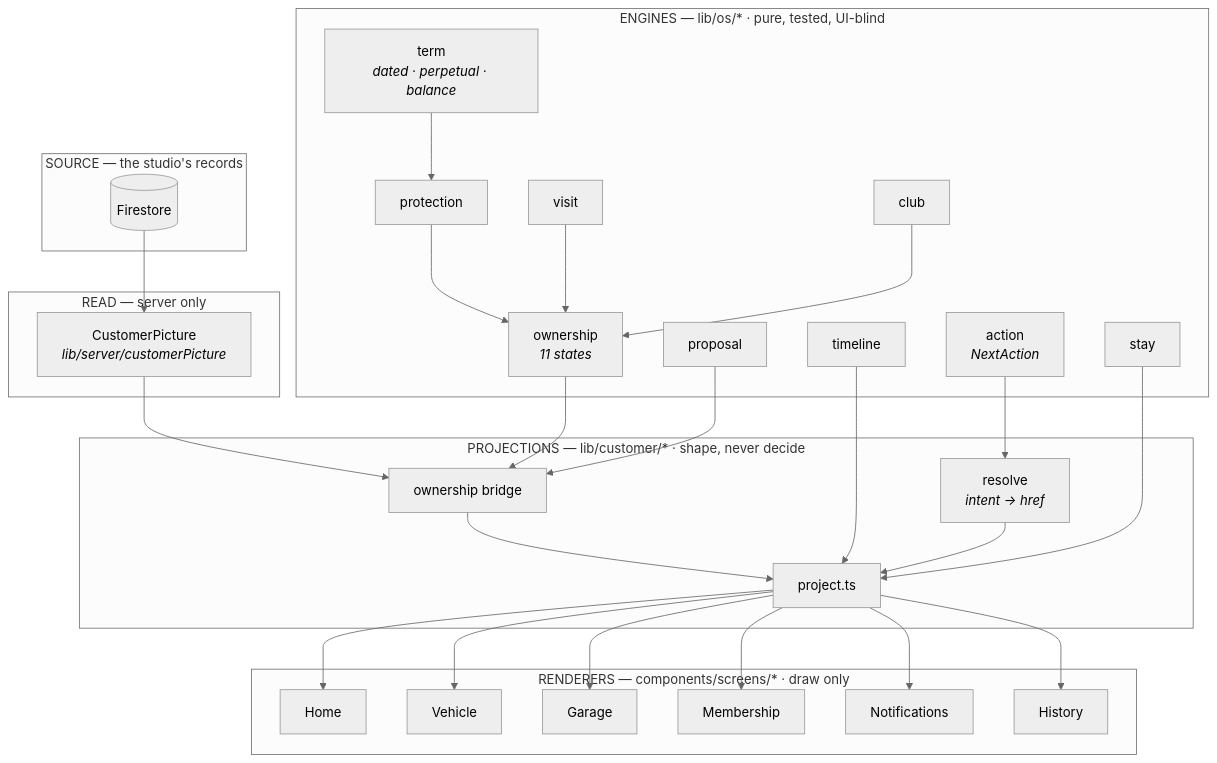
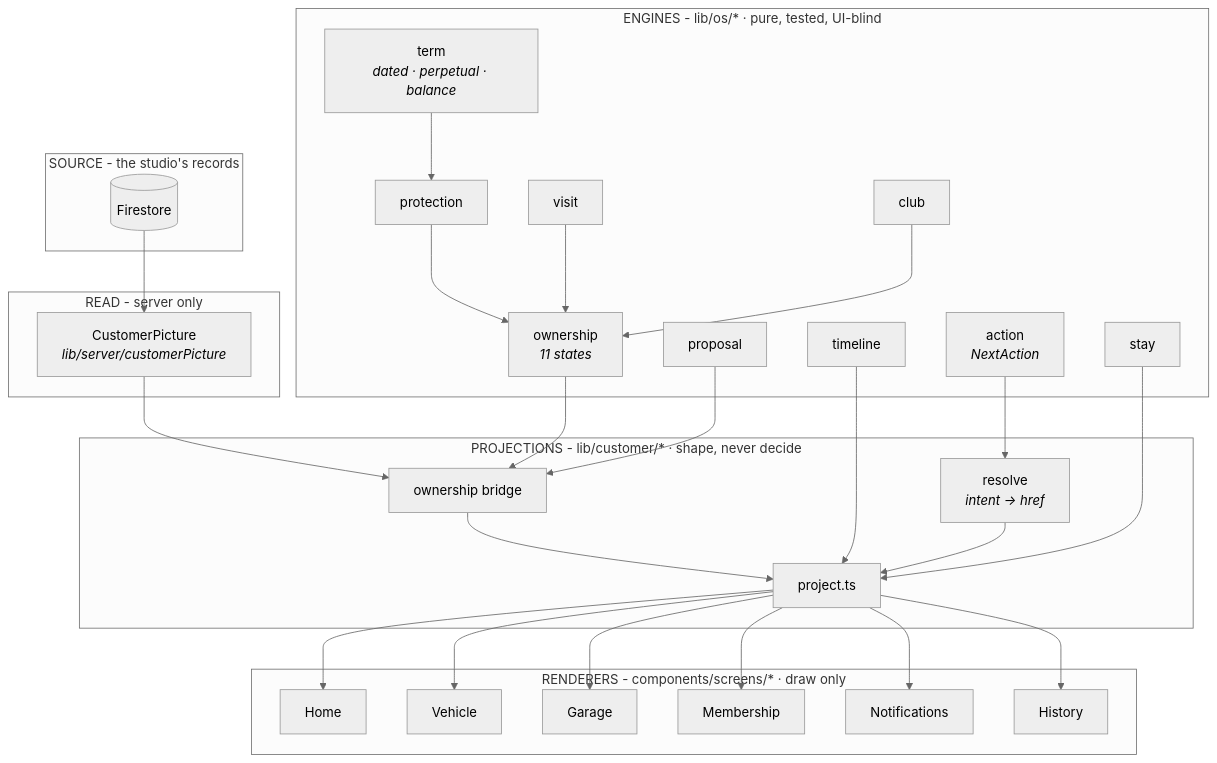
Before and after one commit to Automodz/app: the first of 3 diagrams in docs/AUTOMODZ-OS-ARCHITECTURE.md, drawn with Mermaid (neutral theme). The commit also changed other lines of this file and 344 other files, not shown here.

````diff
--- a/docs/AUTOMODZ-OS-ARCHITECTURE.md
+++ b/docs/AUTOMODZ-OS-ARCHITECTURE.md
@@ -22,49 +22,49 @@
 ```mermaid
 flowchart TD
-    subgraph SRC["SOURCE — the studio's records"]
+    subgraph SRC["SOURCE - the studio's records"]
         FS[("Firestore")]
     end
 
-    subgraph READ["READ — server only"]
+    subgraph READ["READ - server only"]
         CP["CustomerPicture<br/><i>lib/server/customerPicture</i>"]
     end
 
-    subgraph OS["ENGINES — lib/os/* · pure, tested, UI-blind"]
+    subgraph OS["ENGINES - lib/os/* · pure, tested, UI-blind"]
         OWN["ownership<br/><i>11 states</i>"]
         TERM["term<br/><i>dated · perpetual · balance</i>"]
         PROT["protection"]
         VISIT["visit"]
         CLUB["club"]
         PROP["proposal"]
         TL["timeline"]
         ACT["action<br/><i>NextAction</i>"]
         STAY["stay"]
     end
 
-    subgraph PROJ["PROJECTIONS — lib/customer/* · shape, never decide"]
+    subgraph PROJ["PROJECTIONS - lib/customer/* · shape, never decide"]
         BRIDGE["ownership bridge"]
         PJ["project.ts"]
         RES["resolve<br/><i>intent → href</i>"]
     end
 
-    subgraph VIEW["RENDERERS — components/screens/* · draw only"]
+    subgraph VIEW["RENDERERS - components/screens/* · draw only"]
         HOME["Home"]
         VEH["Vehicle"]
         GAR["Garage"]
         MEM["Membership"]
         NOTIF["Notifications"]
         HIST["History"]
     end
 
     FS --> CP --> BRIDGE
     TERM --> PROT --> OWN
     VISIT --> OWN
     CLUB --> OWN
     OWN --> BRIDGE
     PROP --> BRIDGE
     BRIDGE --> PJ
     TL --> PJ
     ACT --> RES --> PJ
     STAY --> PJ
     PJ --> HOME & VEH & GAR & MEM & NOTIF & HIST
 ```
````
